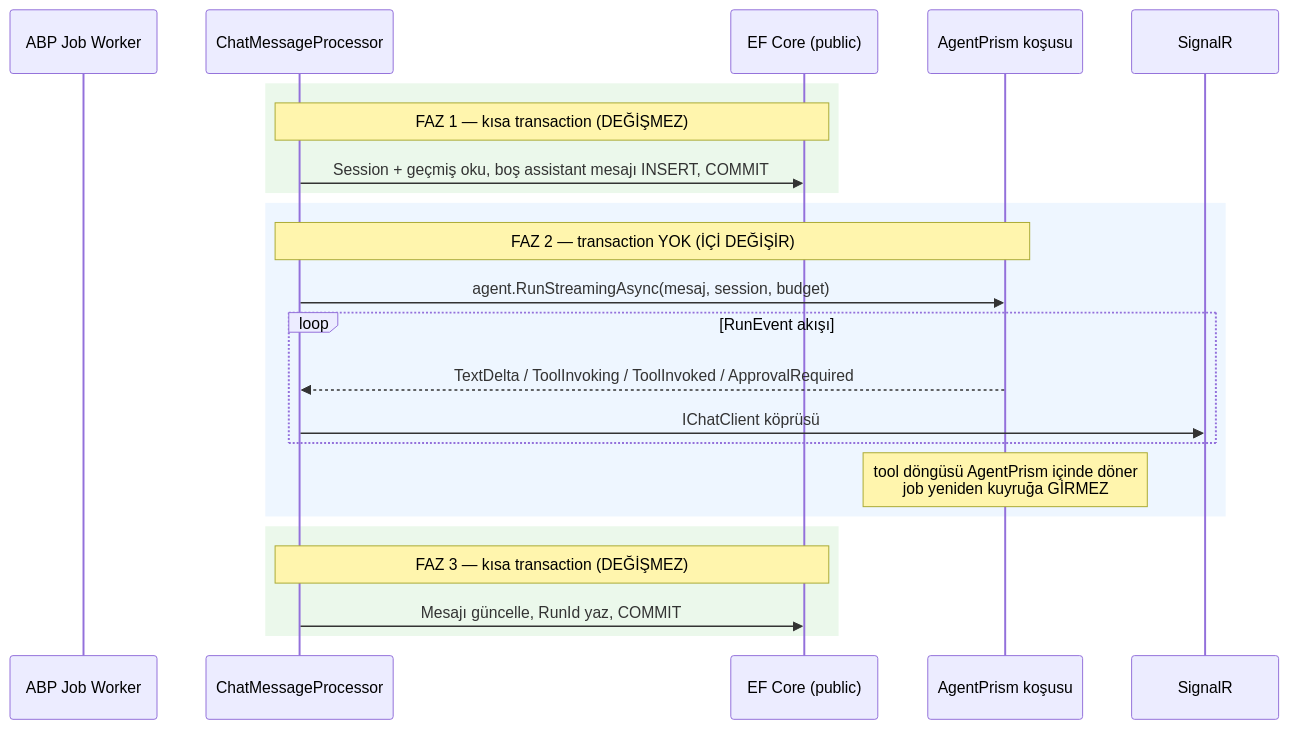
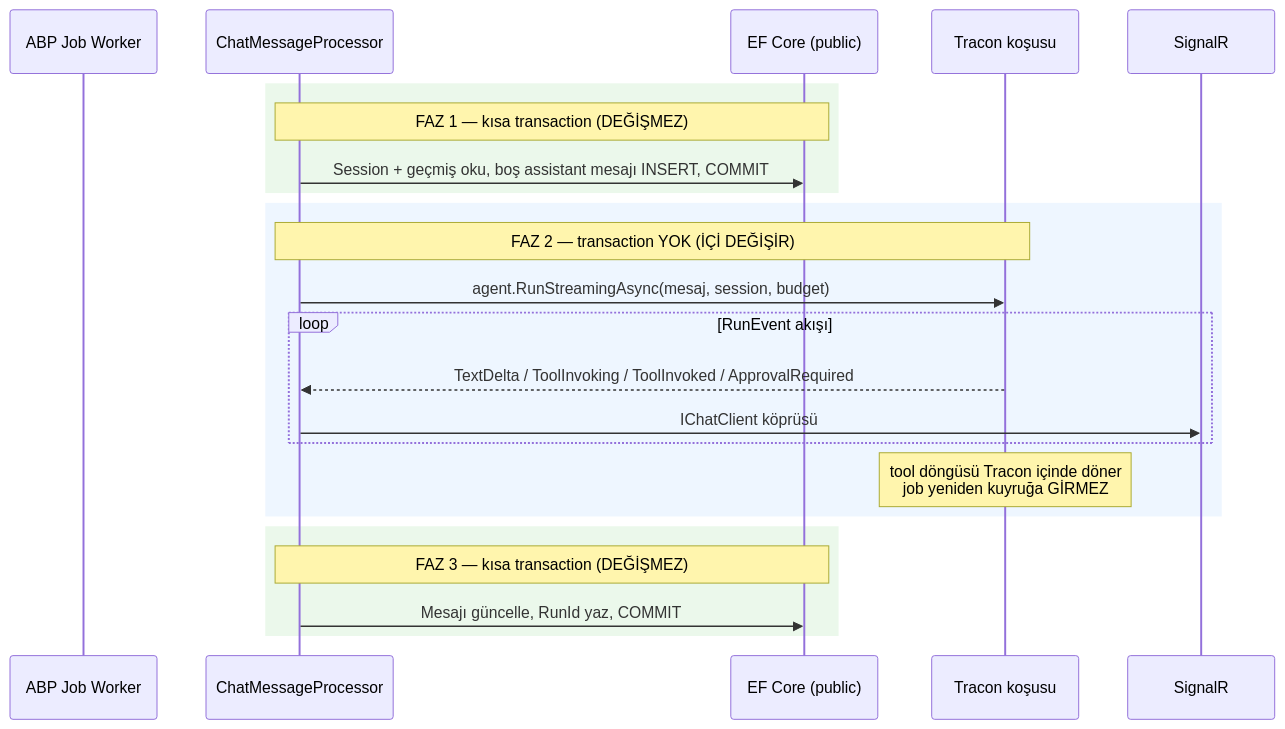
One commit to farukatasoy/Tracon changed the fifth of 6 diagrams in docs/arsiv/kesif/2026-08-21-uygulanabilirlik-raporu.md. Above: the diagram before and after it, drawn with Mermaid. The commit also changed other lines of this file and 4535 other files, not shown here.

````diff
--- a/docs/arsiv/kesif/2026-08-21-uygulanabilirlik-raporu.md
+++ b/docs/arsiv/kesif/2026-08-21-uygulanabilirlik-raporu.md
@@ -418,28 +418,28 @@
 ```mermaid
 sequenceDiagram
     participant J as ABP Job Worker
     participant P as ChatMessageProcessor
     participant DB as EF Core (public)
-    participant AP as AgentPrism koşusu
+    participant AP as Tracon koşusu
     participant FE as SignalR
 
     rect rgb(235, 248, 235)
     Note over P,DB: FAZ 1 — kısa transaction (DEĞİŞMEZ)
     P->>DB: Session + geçmiş oku, boş assistant mesajı INSERT, COMMIT
     end
 
     rect rgb(238, 246, 255)
     Note over P,AP: FAZ 2 — transaction YOK (İÇİ DEĞİŞİR)
     P->>AP: agent.RunStreamingAsync(mesaj, session, budget)
     loop RunEvent akışı
         AP-->>P: TextDelta / ToolInvoking / ToolInvoked / ApprovalRequired
         P->>FE: IChatClient köprüsü
     end
-    Note over AP: tool döngüsü AgentPrism içinde döner<br/>job yeniden kuyruğa GİRMEZ
+    Note over AP: tool döngüsü Tracon içinde döner<br/>job yeniden kuyruğa GİRMEZ
     end
 
     rect rgb(235, 248, 235)
     Note over P,DB: FAZ 3 — kısa transaction (DEĞİŞMEZ)
     P->>DB: Mesajı güncelle, RunId yaz, COMMIT
     end
 ```
````
